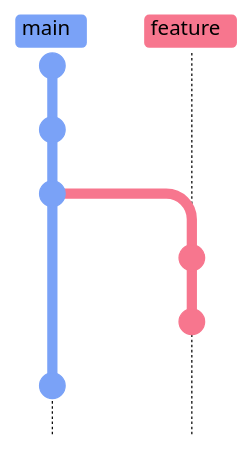
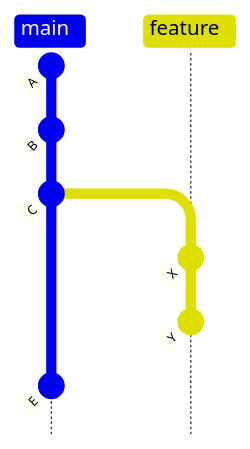
The second of 3 diagrams in content/08-Git/05-git-remote-management.md (alp78/elysium), drawn with Mermaid before and after one commit. The commit also changed other lines of this file and 29 other files, not shown here.

````diff
--- a/content/08-Git/05-git-remote-management.md
+++ b/content/08-Git/05-git-remote-management.md
@@ -203,12 +203,12 @@
 ```mermaid
-%%{init: {'theme': 'base', 'themeVariables': {'git0': '#7aa2f7', 'git1': '#f7768e', 'git2': '#9ece6a', 'git3': '#e0af68', 'git4': '#bb9af7', 'gitBranchLabel0': '#000000', 'gitBranchLabel1': '#000000', 'gitBranchLabel2': '#000000', 'gitBranchLabel3': '#000000', 'commitLabelColor': '#ffffff', 'commitLabelBackground': 'transparent', 'commitLabelFontSize': '14px', 'tagLabelColor': '#000000', 'tagLabelBackground': '#c0caf5'}, 'gitGraph': {'mainBranchName': 'main'}} }%%
+
 gitGraph TB:
   commit id: "A"
   commit id: "B"
   commit id: "C"
   branch feature
   commit id: "X"
   commit id: "Y"
   checkout main
   commit id: "E"
 ```
````
